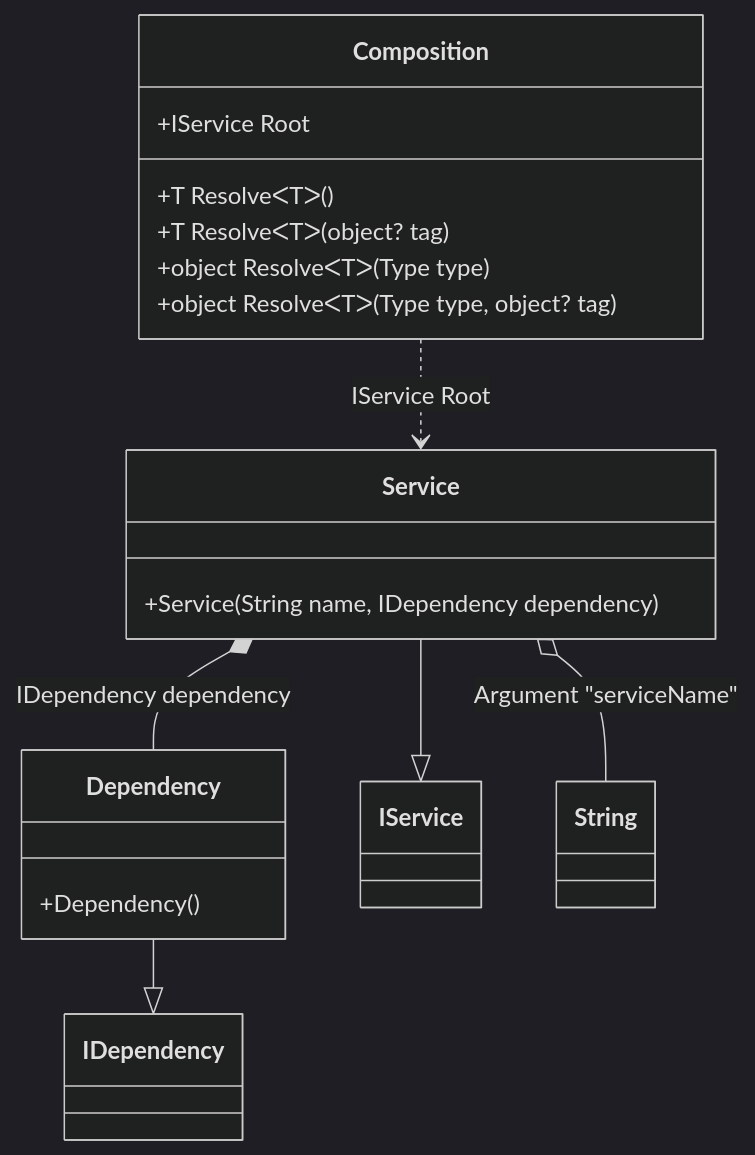
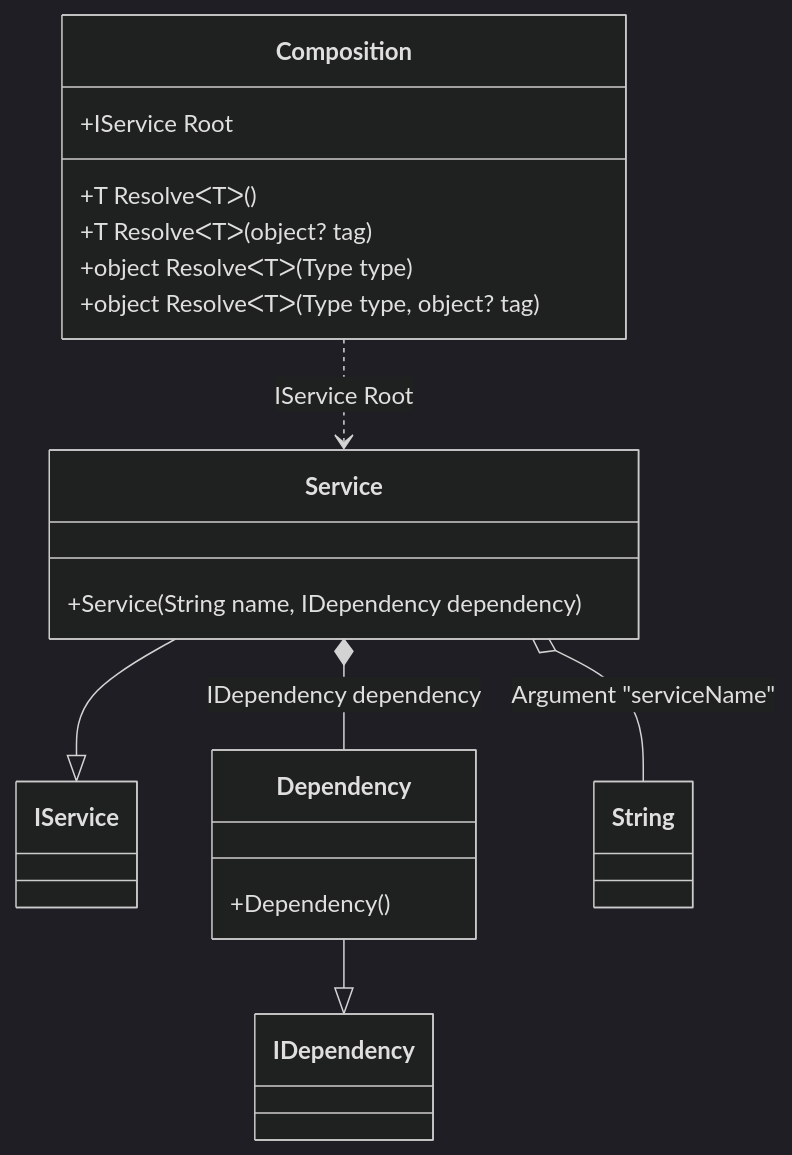
Before and after one commit to DevTeam/Pure.DI: the sixth of 35 diagrams in readme/Examples.md, drawn with Mermaid (dark theme). The commit also changed other lines of this file and 28 other files, not shown here.

````diff
--- a/readme/Examples.md
+++ b/readme/Examples.md
@@ -435,22 +420,22 @@
 ```mermaid
 classDiagram
 class Composition {
 +IService Root
 +T ResolveᐸTᐳ()
 +T ResolveᐸTᐳ(object? tag)
 +object ResolveᐸTᐳ(Type type)
 +object ResolveᐸTᐳ(Type type, object? tag)
 }
+Service --|> IService : 
+class Service {
++Service(String name, IDependency dependency)
+}
 Dependency --|> IDependency : 
 class Dependency {
 +Dependency()
 }
-Service --|> IService : 
-class Service {
-+Service(String name, IDependency dependency)
-}
 class String
-Composition ..> Service : IService Root
 Service o-- String : Argument "serviceName"
 Service *--  Dependency : IDependency dependency
+Composition ..> Service : IService Root
 ```
````
